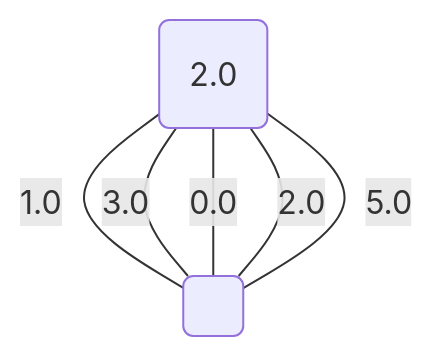
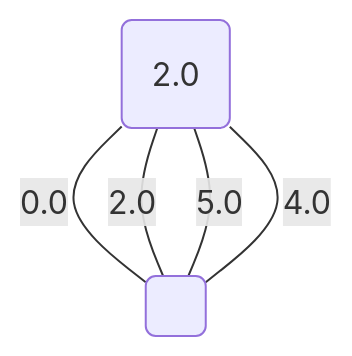
One commit to metury/graphs changed the fifth of 5 diagrams in project/src/testing/minCut.md. Above: the diagram before and after it, drawn with Mermaid. The commit also changed other lines of this file and 6 other files, not shown here.

````diff
--- a/project/src/testing/minCut.md
+++ b/project/src/testing/minCut.md
@@ -81,10 +80,9 @@
 ```mermaid
 graph TD;
 0("2.0");
 1(" ");
-	1 -- "0.0" --- 0;
-	0 -- "1.0" --- 1;
-	1 -- "2.0" --- 0;
-	0 -- "3.0" --- 1;
-	1 -- "5.0" --- 0;
+	0 -- "0.0" --- 1;
+	0 -- "2.0" --- 1;
+	1 -- "4.0" --- 0;
+	0 -- "5.0" --- 1;
 ```
````
